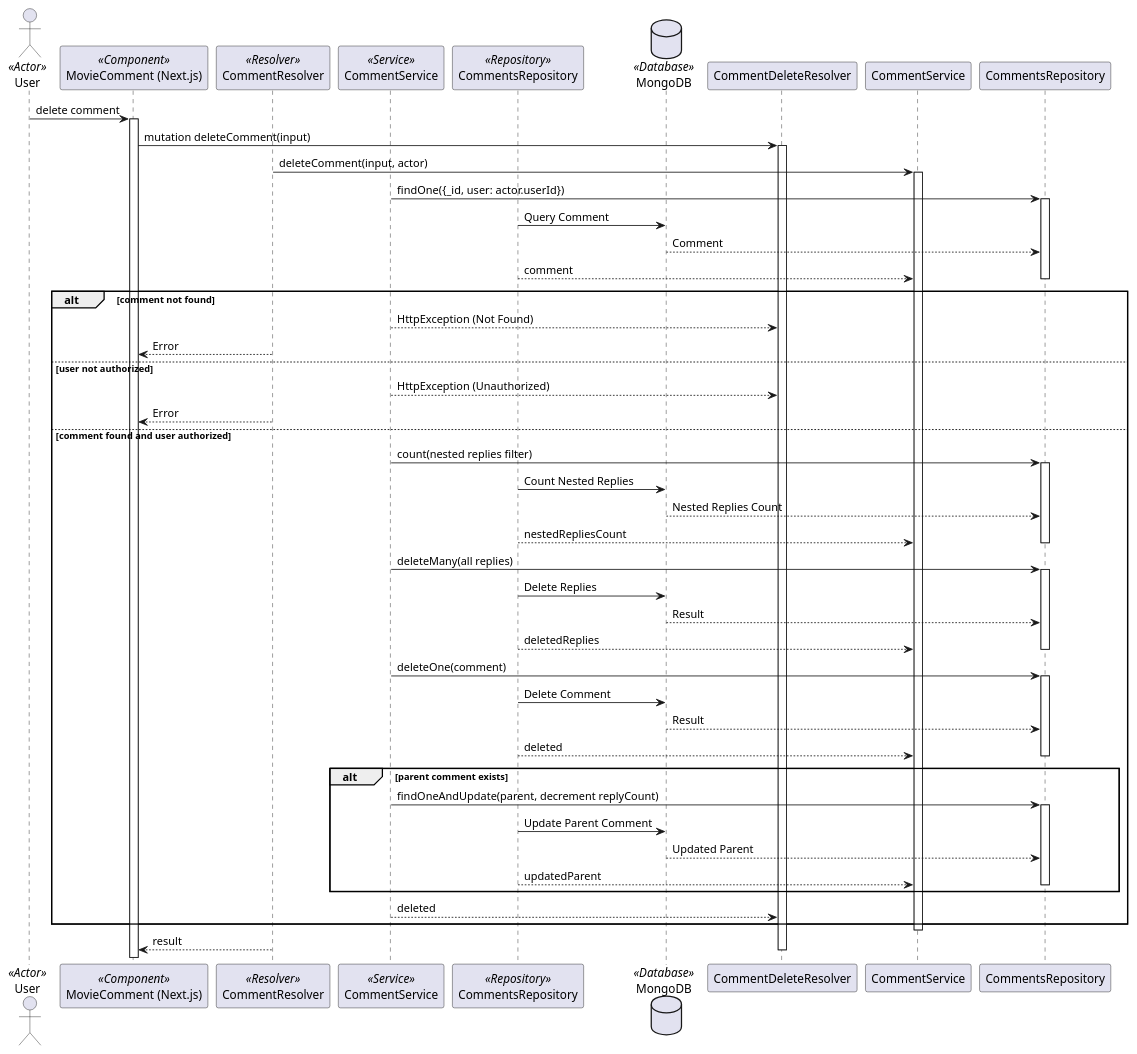
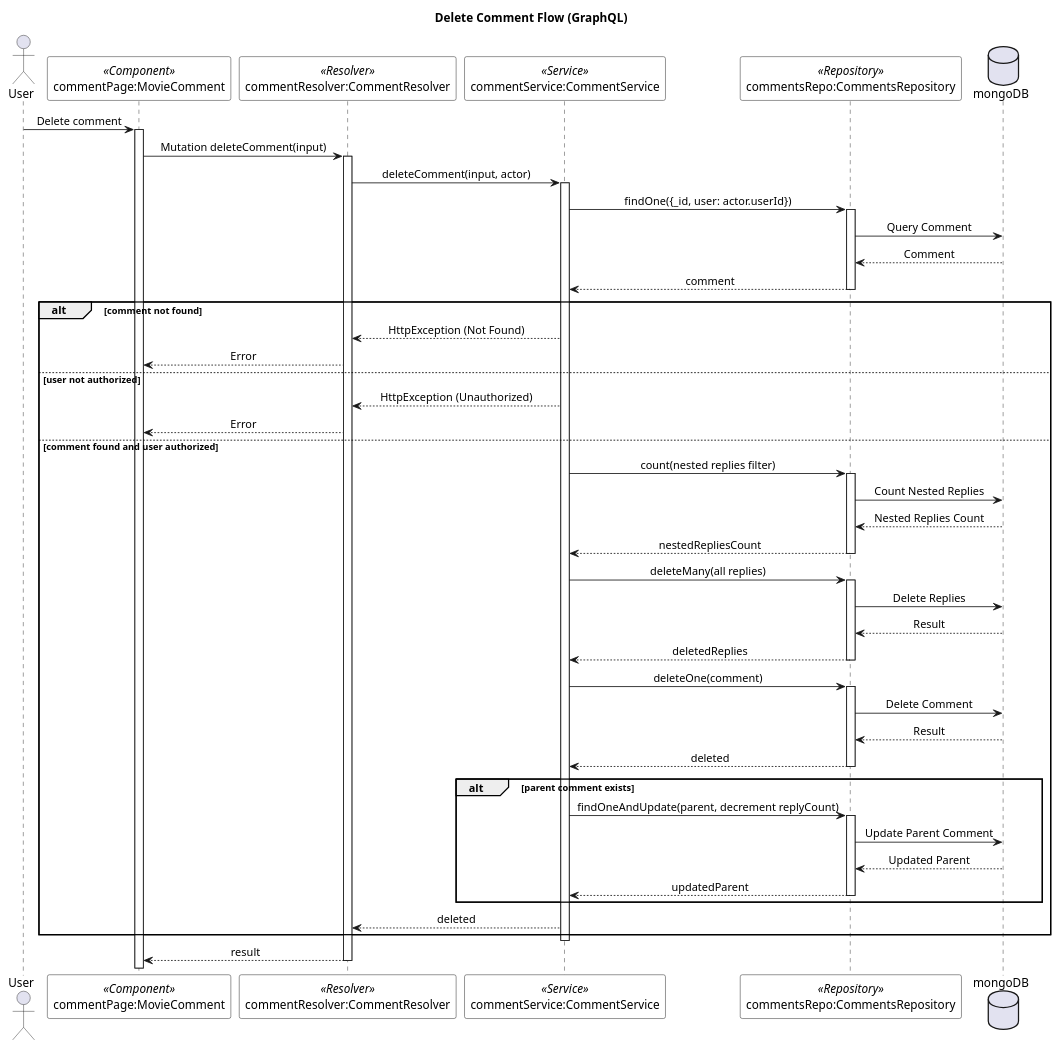
One commit to lehuygiang28/vphim changed the diagram in documents/diagram/sequences/comments/delete-comment.puml. Above: the diagram before and after it, drawn with PlantUML. The commit also changed 4 other files, not shown here.

First line of the commit message:
refactor(diagrams/sequences/comments): 🛠️ update comment flow diagrams

```diff
--- a/documents/diagram/sequences/comments/delete-comment.puml
+++ b/documents/diagram/sequences/comments/delete-comment.puml
@@ -1,61 +1,71 @@
 @startuml Delete Comment Flow
 
-actor User <<Actor>>
-participant "MovieComment (Next.js)" as MovieComment <<Component>>
-participant "CommentResolver" as Resolver <<Resolver>>
-participant "CommentService" as Service <<Service>>
-participant "CommentsRepository" as Repository <<Repository>>
-database "MongoDB" as DB <<Database>>
+skinparam SequenceMessageAlignment center
+skinparam SequenceBoxBackgroundColor white
+skinparam SequenceBoxBorderColor black
+skinparam NoteBackgroundColor lightyellow
+skinparam NoteBorderColor black
+skinparam ParticipantBackgroundColor white
+skinparam ParticipantBorderColor black
 
-User -> MovieComment: delete comment
-activate MovieComment
-MovieComment -> CommentDeleteResolver: mutation deleteComment(input)
-activate CommentDeleteResolver
-Resolver -> CommentService: deleteComment(input, actor)
-activate CommentService
-Service -> CommentsRepository: findOne({_id, user: actor.userId})
-activate CommentsRepository
-Repository -> DB: Query Comment
-DB --> CommentsRepository: Comment
-Repository --> CommentService: comment
-deactivate CommentsRepository
+title Delete Comment Flow (GraphQL)
+
+actor "User" as user
+participant "commentPage:MovieComment" as commentPage <<Component>>
+participant "commentResolver:CommentResolver" as commentResolver <<Resolver>>
+participant "commentService:CommentService" as commentService <<Service>>
+participant "commentsRepo:CommentsRepository" as commentsRepo <<Repository>>
+database "mongoDB" as mongoDB
+
+user -> commentPage: Delete comment
+activate commentPage
+commentPage -> commentResolver: Mutation deleteComment(input)
+activate commentResolver
+commentResolver -> commentService: deleteComment(input, actor)
+activate commentService
+commentService -> commentsRepo: findOne({_id, user: actor.userId})
+activate commentsRepo
+commentsRepo -> mongoDB: Query Comment
+mongoDB --> commentsRepo: Comment
+commentsRepo --> commentService: comment
+deactivate commentsRepo
 alt comment not found
-    Service --> CommentDeleteResolver: HttpException (Not Found)
-    Resolver --> MovieComment: Error
+    commentService --> commentResolver: HttpException (Not Found)
+    commentResolver --> commentPage: Error
 else user not authorized
-    Service --> CommentDeleteResolver: HttpException (Unauthorized)
-    Resolver --> MovieComment: Error
+    commentService --> commentResolver: HttpException (Unauthorized)
+    commentResolver --> commentPage: Error
 else comment found and user authorized
-    Service -> CommentsRepository: count(nested replies filter)
-    activate CommentsRepository
-    Repository -> DB: Count Nested Replies
-    DB --> CommentsRepository: Nested Replies Count
-    Repository --> CommentService: nestedRepliesCount
-    deactivate CommentsRepository
-    Service -> CommentsRepository: deleteMany(all replies)
-    activate CommentsRepository
-    Repository -> DB: Delete Replies
-    DB --> CommentsRepository: Result
-    Repository --> CommentService: deletedReplies
-    deactivate CommentsRepository
-    Service -> CommentsRepository: deleteOne(comment)
-    activate CommentsRepository
-    Repository -> DB: Delete Comment
-    DB --> CommentsRepository: Result
-    Repository --> CommentService: deleted
-    deactivate CommentsRepository
+    commentService -> commentsRepo: count(nested replies filter)
+    activate commentsRepo
+    commentsRepo -> mongoDB: Count Nested Replies
+    mongoDB --> commentsRepo: Nested Replies Count
+    commentsRepo --> commentService: nestedRepliesCount
+    deactivate commentsRepo
+    commentService -> commentsRepo: deleteMany(all replies)
+    activate commentsRepo
+    commentsRepo -> mongoDB: Delete Replies
+    mongoDB --> commentsRepo: Result
+    commentsRepo --> commentService: deletedReplies
+    deactivate commentsRepo
+    commentService -> commentsRepo: deleteOne(comment)
+    activate commentsRepo
+    commentsRepo -> mongoDB: Delete Comment
+    mongoDB --> commentsRepo: Result
+    commentsRepo --> commentService: deleted
+    deactivate commentsRepo
     alt parent comment exists
-        Service -> CommentsRepository: findOneAndUpdate(parent, decrement replyCount)
-        activate CommentsRepository
-        Repository -> DB: Update Parent Comment
-        DB --> CommentsRepository: Updated Parent
-        Repository --> CommentService: updatedParent
-        deactivate CommentsRepository
+        commentService -> commentsRepo: findOneAndUpdate(parent, decrement replyCount)
+        activate commentsRepo
+        commentsRepo -> mongoDB: Update Parent Comment
+        mongoDB --> commentsRepo: Updated Parent
+        commentsRepo --> commentService: updatedParent
+        deactivate commentsRepo
     end
-    Service --> CommentDeleteResolver: deleted
+    commentService --> commentResolver: deleted
 end
-deactivate CommentService
-Resolver --> MovieComment: result
-Deactivate CommentDeleteResolver
+deactivate commentService
+commentResolver --> commentPage: result
+deactivate commentResolver
 
 @enduml
```
